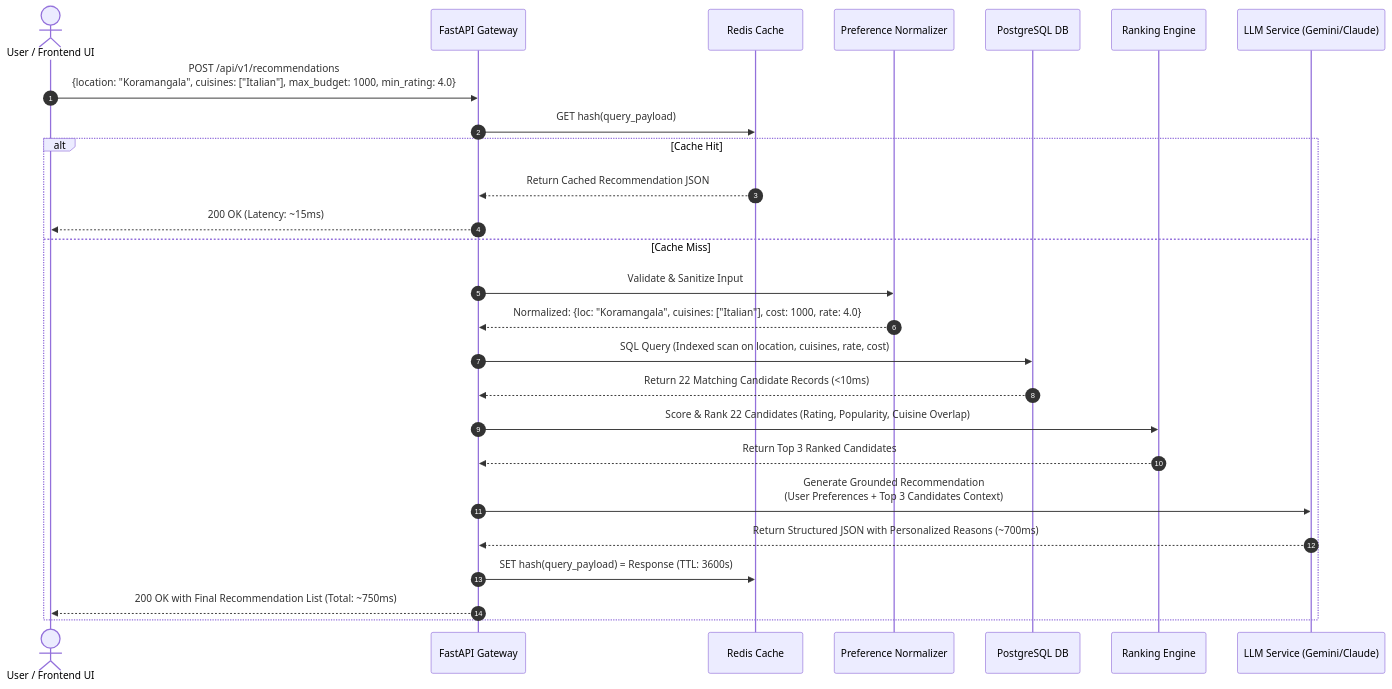
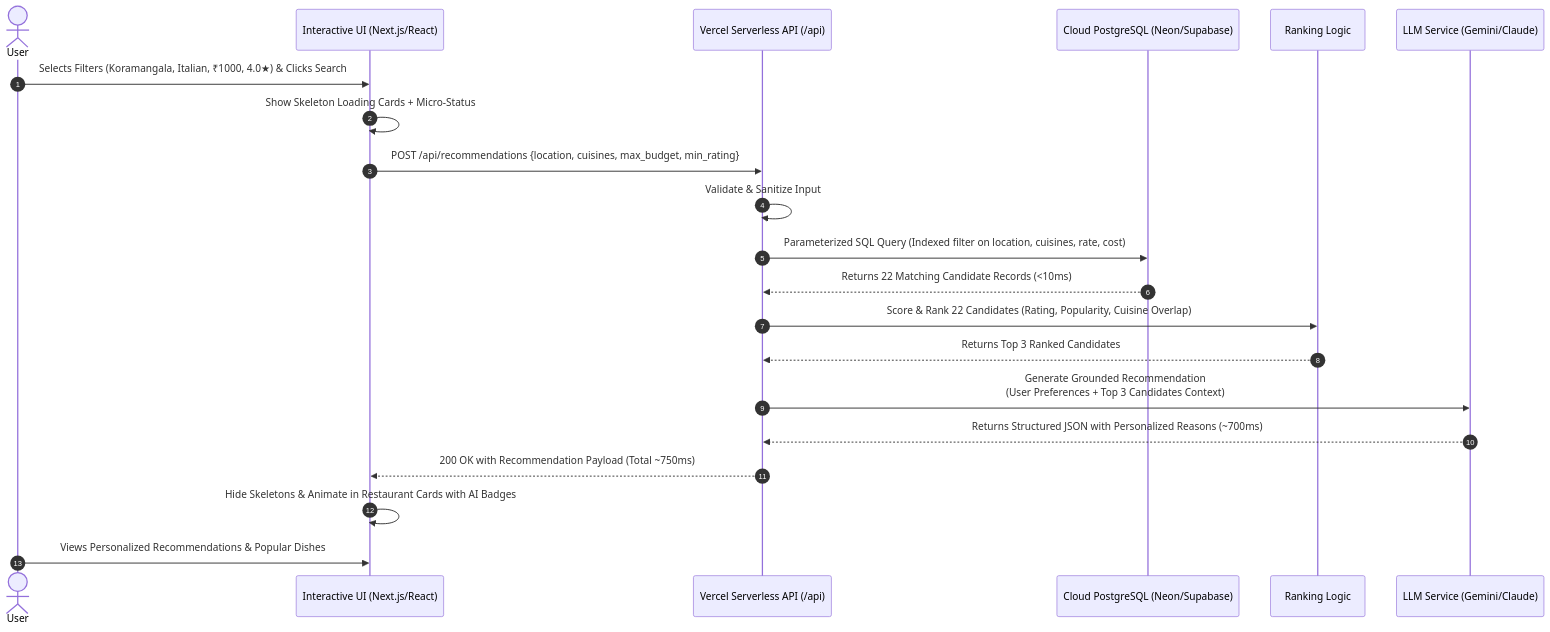
The second of 2 diagrams in ARCHITECTURE.md (piyushbakade/restaurant_recomendation), drawn with Mermaid before and after one commit. The commit also changed other lines of this file and 78 other files, not shown here.

Commit message:
feat: implement phase 1 to 8 full recommendation engine and vercel deployment

````diff
--- a/ARCHITECTURE.md
+++ b/ARCHITECTURE.md
@@ -316,34 +337,28 @@
 ```mermaid
 sequenceDiagram
     autonumber
-    actor User as User / Frontend UI
-    participant API as FastAPI Gateway
-    participant Cache as Redis Cache
-    participant Pref as Preference Normalizer
-    participant DB as PostgreSQL DB
-    participant Rank as Ranking Engine
+    actor User as User
+    participant UI as Interactive UI (Next.js/React)
+    participant API as Vercel Serverless API (/api)
+    participant DB as Cloud PostgreSQL (Neon/Supabase)
+    participant Rank as Ranking Logic
     participant LLM as LLM Service (Gemini/Claude)
 
-    User->>API: POST /api/v1/recommendations<br/>{location: "Koramangala", cuisines: ["Italian"], max_budget: 1000, min_rating: 4.0}
-    API->>Cache: GET hash(query_payload)
+    User->>UI: Selects Filters (Koramangala, Italian, ₹1000, 4.0★) & Clicks Search
+    UI->>UI: Show Skeleton Loading Cards + Micro-Status
+    UI->>API: POST /api/recommendations {location, cuisines, max_budget, min_rating}
     
-    alt Cache Hit
-        Cache-->>API: Return Cached Recommendation JSON
-        API-->>User: 200 OK (Latency: ~15ms)
-    else Cache Miss
-        API->>Pref: Validate & Sanitize Input
-        Pref-->>API: Normalized: {loc: "Koramangala", cuisines: ["Italian"], cost: 1000, rate: 4.0}
-        
-        API->>DB: SQL Query (Indexed scan on location, cuisines, rate, cost)
-        DB-->>API: Return 22 Matching Candidate Records (<10ms)
-        
-        API->>Rank: Score & Rank 22 Candidates (Rating, Popularity, Cuisine Overlap)
-        Rank-->>API: Return Top 3 Ranked Candidates
-        
-        API->>LLM: Generate Grounded Recommendation<br/>(User Preferences + Top 3 Candidates Context)
-        LLM-->>API: Return Structured JSON with Personalized Reasons (~700ms)
-        
-        API->>Cache: SET hash(query_payload) = Response (TTL: 3600s)
-        API-->>User: 200 OK with Final Recommendation List (Total: ~750ms)
-    end
+    API->>API: Validate & Sanitize Input
+    API->>DB: Parameterized SQL Query (Indexed filter on location, cuisines, rate, cost)
+    DB-->>API: Returns 22 Matching Candidate Records (<10ms)
+    
+    API->>Rank: Score & Rank 22 Candidates (Rating, Popularity, Cuisine Overlap)
+    Rank-->>API: Returns Top 3 Ranked Candidates
+    
+    API->>LLM: Generate Grounded Recommendation<br/>(User Preferences + Top 3 Candidates Context)
+    LLM-->>API: Returns Structured JSON with Personalized Reasons (~700ms)
+    
+    API-->>UI: 200 OK with Recommendation Payload (Total ~750ms)
+    UI->>UI: Hide Skeletons & Animate in Restaurant Cards with AI Badges
+    User->>UI: Views Personalized Recommendations & Popular Dishes
 ```
````
